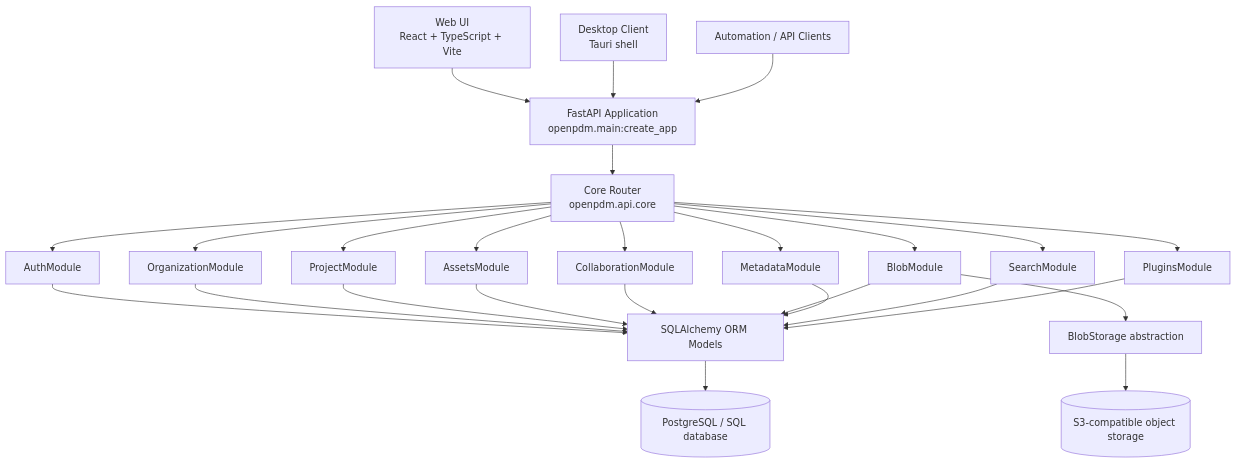
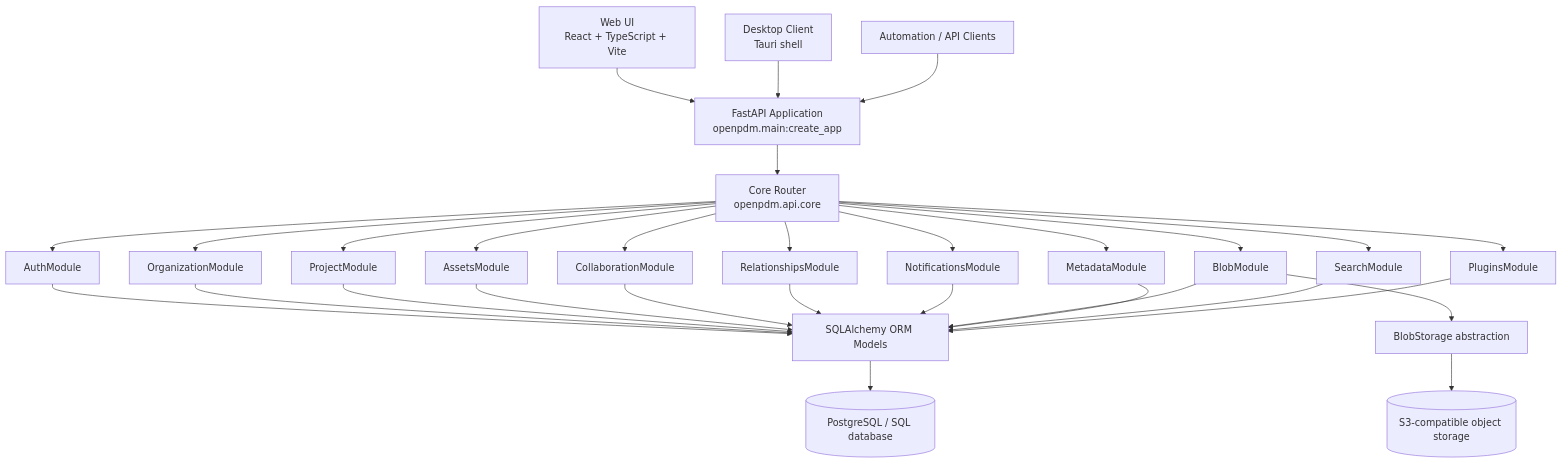
Before and after one commit to synkop360/OpenPDM: the first of 7 diagrams in docs/API_FLOWS.md, drawn with Mermaid. The commit also changed other lines of this file and 22 other files, not shown here.

````diff
--- a/docs/API_FLOWS.md
+++ b/docs/API_FLOWS.md
@@ -22,52 +22,58 @@
 ```mermaid
 flowchart TD
     WebUI["Web UI<br/>React + TypeScript + Vite"]
     Desktop["Desktop Client<br/>Tauri shell"]
     APIClients["Automation / API Clients"]
 
     App["FastAPI Application<br/>openpdm.main:create_app"]
     Router["Core Router<br/>openpdm.api.core"]
     Auth["AuthModule"]
     Org["OrganizationModule"]
     Project["ProjectModule"]
     Assets["AssetsModule"]
     Collab["CollaborationModule"]
+    Relationships["RelationshipsModule"]
+    Notifications["NotificationsModule"]
     BlobModule["BlobModule"]
     Metadata["MetadataModule"]
     Search["SearchModule"]
     Plugins["PluginsModule"]
 
     SQLA["SQLAlchemy ORM Models"]
     Postgres[("PostgreSQL / SQL database")]
     BlobStorage["BlobStorage abstraction"]
     ObjectStore[("S3-compatible object storage")]
 
     WebUI --> App
     Desktop --> App
     APIClients --> App
 
     App --> Router
     Router --> Auth
     Router --> Org
     Router --> Project
     Router --> Assets
     Router --> Collab
+    Router --> Relationships
+    Router --> Notifications
     Router --> BlobModule
     Router --> Metadata
     Router --> Search
     Router --> Plugins
 
     Auth --> SQLA
     Org --> SQLA
     Project --> SQLA
     Assets --> SQLA
     Collab --> SQLA
+    Relationships --> SQLA
+    Notifications --> SQLA
     BlobModule --> SQLA
     Metadata --> SQLA
     Search --> SQLA
     Plugins --> SQLA
 
     SQLA --> Postgres
     BlobModule --> BlobStorage
     BlobStorage --> ObjectStore
 ```
````
